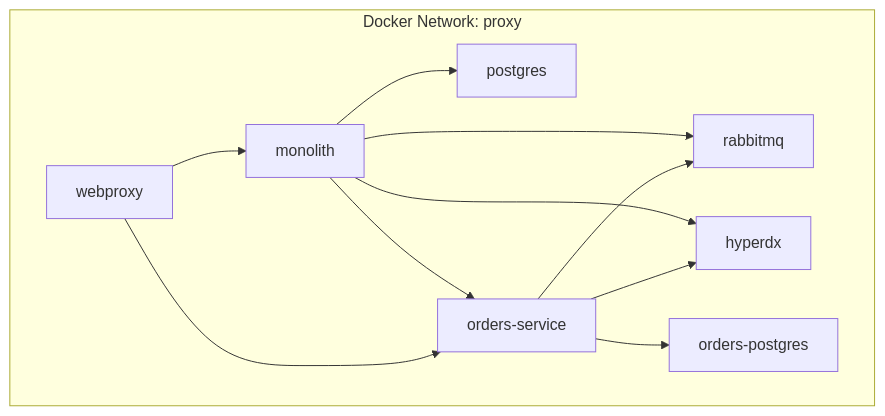
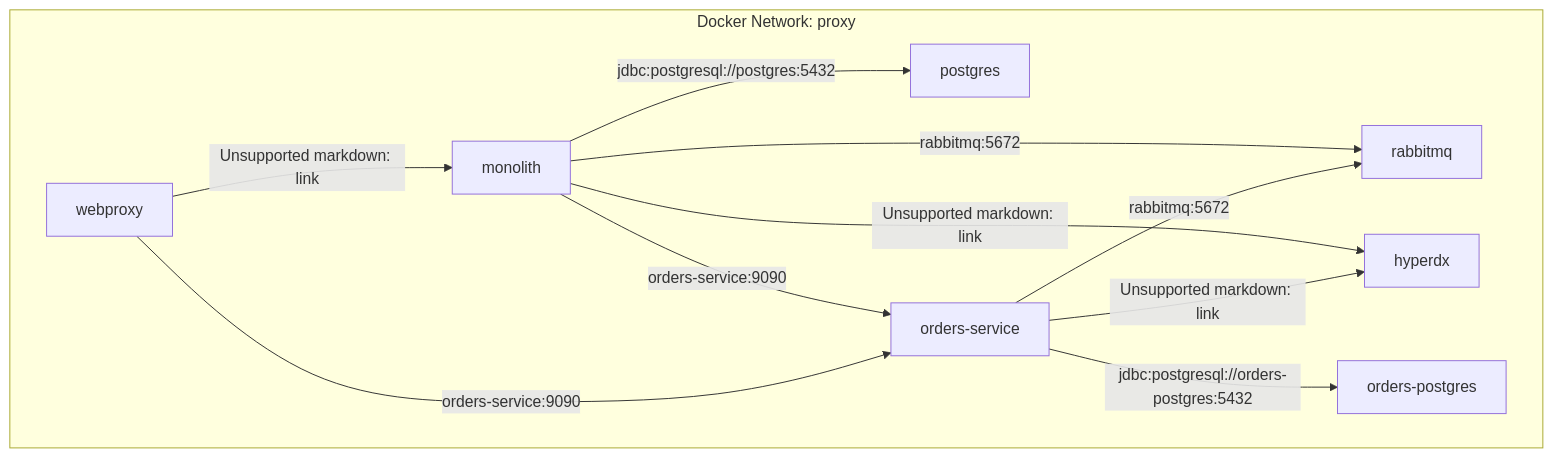
One commit to philipz/spring-modular-monolith changed the second of 7 diagrams in docs/deepwiki/Deployment-and-Infrastructure.md. Above: the diagram before and after it, drawn with Mermaid. The commit also changed other lines of this file and 55 other files, not shown here.

````diff
--- a/docs/deepwiki/Deployment-and-Infrastructure.md
+++ b/docs/deepwiki/Deployment-and-Infrastructure.md
@@ -144,30 +144,30 @@
 ```mermaid
 flowchart TD
 
 monolith["monolith"]
 postgres["postgres"]
 rabbitmq["rabbitmq"]
 hyperdx["hyperdx"]
 ordersService["orders-service"]
 ordersPostgres["orders-postgres"]
 webproxy["webproxy"]
 
 subgraph subGraph0 ["Docker Network: proxy"]
     monolith
     postgres
     rabbitmq
     hyperdx
     ordersService
     ordersPostgres
     webproxy
-    monolith --> postgres
-    monolith --> rabbitmq
-    monolith --> hyperdx
-    monolith --> ordersService
-    ordersService --> ordersPostgres
-    ordersService --> rabbitmq
-    ordersService --> hyperdx
-    webproxy --> monolith
-    webproxy --> ordersService
+    monolith -->|"jdbc:postgresql://postgres:5432"| postgres
+    monolith -->|"rabbitmq:5672"| rabbitmq
+    monolith -->|"Unsupported markdown: link"| hyperdx
+    monolith -->|"orders-service:9090"| ordersService
+    ordersService -->|"jdbc:postgresql://orders-postgres:5432"| ordersPostgres
+    ordersService -->|"rabbitmq:5672"| rabbitmq
+    ordersService -->|"Unsupported markdown: link"| hyperdx
+    webproxy -->|"Unsupported markdown: link"| monolith
+    webproxy -->|"orders-service:9090"| ordersService
 end
 ```
````
